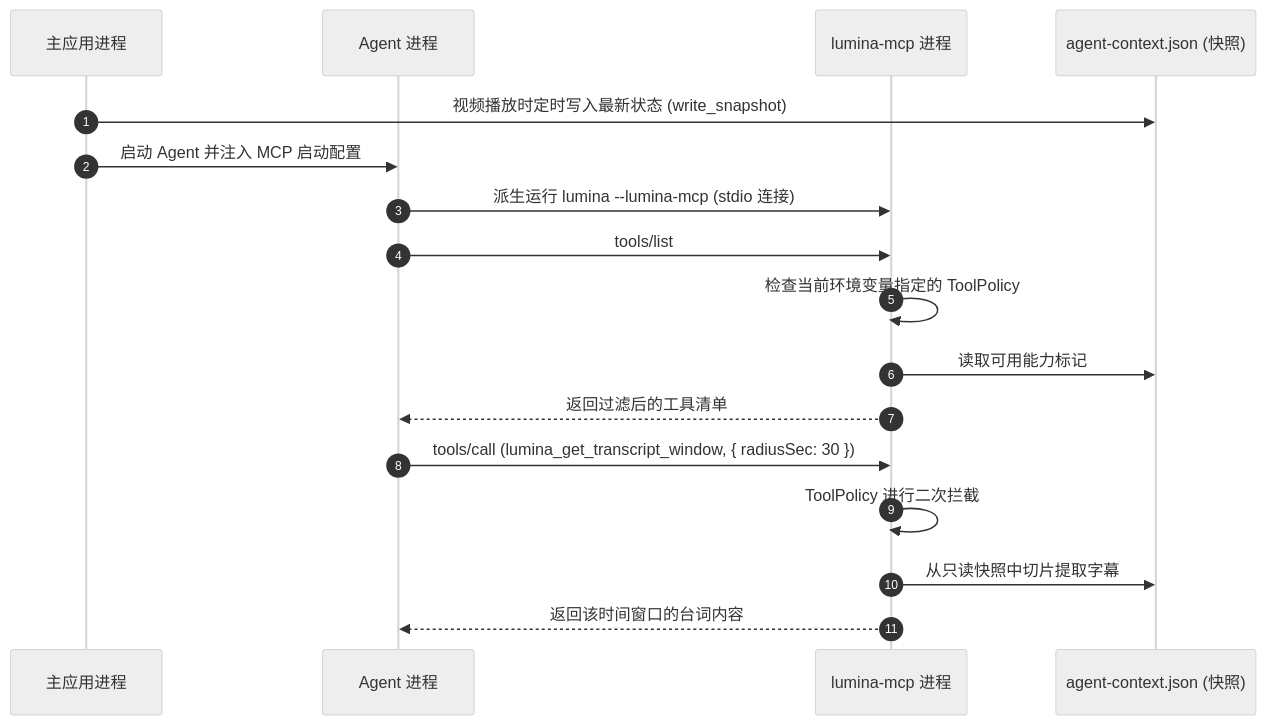
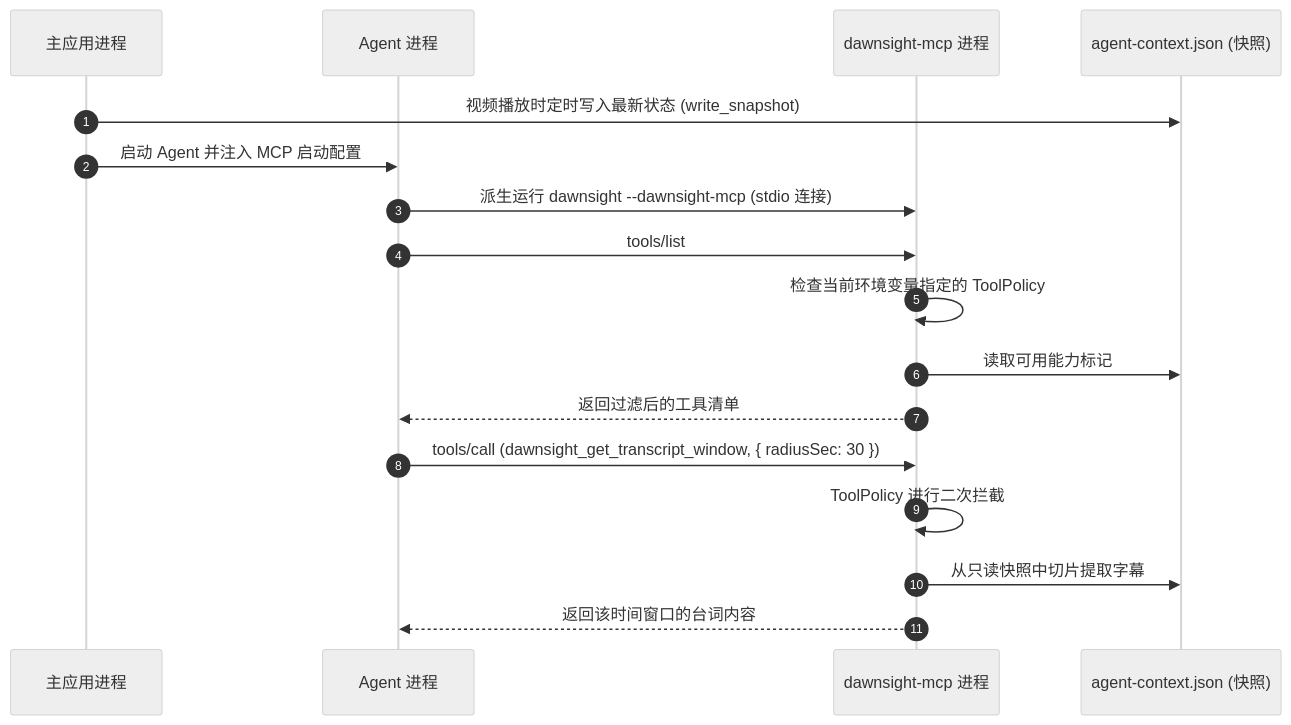
One commit to yitom486/dawnsight changed the diagram in crates/dawnsight-mcp/src/README.md. Above: the diagram before and after it, drawn with Mermaid (neutral theme). The commit also changed other lines of this file and 139 other files, not shown here.

First line of the commit message:
chore(rename): lumina to dawnsight across tree

````diff
--- a/crates/dawnsight-mcp/src/README.md
+++ b/crates/dawnsight-mcp/src/README.md
@@ -116,22 +116,22 @@
 ```mermaid
 sequenceDiagram
     autonumber
     participant Main as 主应用进程
     participant Agent as Agent 进程
-    participant Mcp as lumina-mcp 进程
+    participant Mcp as dawnsight-mcp 进程
     participant Snap as agent-context.json (快照)
 
     Main->>Snap: 视频播放时定时写入最新状态 (write_snapshot)
     Main->>Agent: 启动 Agent 并注入 MCP 启动配置
-    Agent->>Mcp: 派生运行 lumina --lumina-mcp (stdio 连接)
+    Agent->>Mcp: 派生运行 dawnsight --dawnsight-mcp (stdio 连接)
 
     Agent->>Mcp: tools/list
     Mcp->>Mcp: 检查当前环境变量指定的 ToolPolicy
     Mcp->>Snap: 读取可用能力标记
     Mcp-->>Agent: 返回过滤后的工具清单
 
-    Agent->>Mcp: tools/call (lumina_get_transcript_window, { radiusSec: 30 })
+    Agent->>Mcp: tools/call (dawnsight_get_transcript_window, { radiusSec: 30 })
     Mcp->>Mcp: ToolPolicy 进行二次拦截
     Mcp->>Snap: 从只读快照中切片提取字幕
     Mcp-->>Agent: 返回该时间窗口的台词内容
 ```
````
